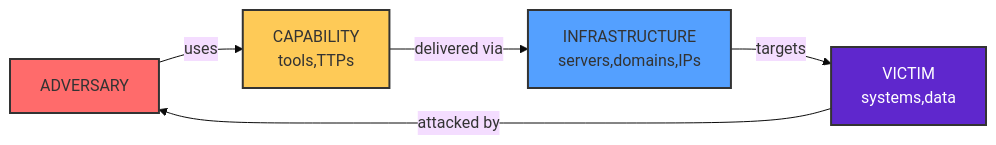
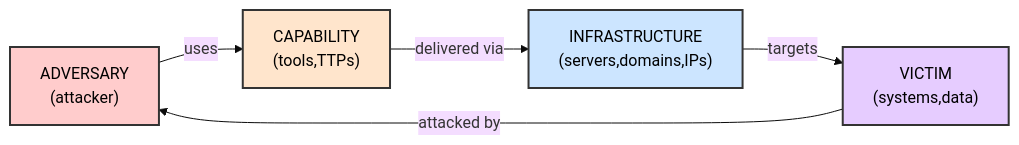
Before and after one commit to manojxshrestha/SOC-Analyst-Cheatsheet: the second of 5 diagrams in 4-Introduction-to-Threat-Hunting-Hunting-With-Elastic/README.md, drawn with Mermaid (base theme). The commit also changed other lines of this file, not shown here.

Commit message:
feat: Improve mermaid diagram visibility

````diff
--- a/4-Introduction-to-Threat-Hunting-Hunting-With-Elastic/README.md
+++ b/4-Introduction-to-Threat-Hunting-Hunting-With-Elastic/README.md
@@ -250,12 +250,12 @@
 ```mermaid
 graph LR
-    ADV[ADVERSARY] -->|uses| CAP[CAPABILITY<br/>tools,TTPs]
-    CAP -->|delivered via| INF[INFRASTRUCTURE<br/>servers,domains,IPs]
-    INF -->|targets| VIC[VICTIM<br/>systems,data]
+    ADV["ADVERSARY<br/>(attacker)"] -->|uses| CAP["CAPABILITY<br/>(tools,TTPs)"]
+    CAP -->|delivered via| INF["INFRASTRUCTURE<br/>(servers,domains,IPs)"]
+    INF -->|targets| VIC["VICTIM<br/>(systems,data)"]
     VIC -->|attacked by| ADV
     
-    style ADV fill:#ff6b6b,stroke:#333,stroke-width:2px
-    style CAP fill:#feca57,stroke:#333,stroke-width:2px
-    style INF fill:#54a0ff,stroke:#333,stroke-width:2px
-    style VIC fill:#5f27cd,stroke:#333,stroke-width:2px,color:#fff
+    style ADV fill:#ffcccc,stroke:#333,stroke-width:2px,color:#000
+    style CAP fill:#ffe5cc,stroke:#333,stroke-width:2px,color:#000
+    style INF fill:#cce5ff,stroke:#333,stroke-width:2px,color:#000
+    style VIC fill:#e6ccff,stroke:#333,stroke-width:2px,color:#000
 ```
````
